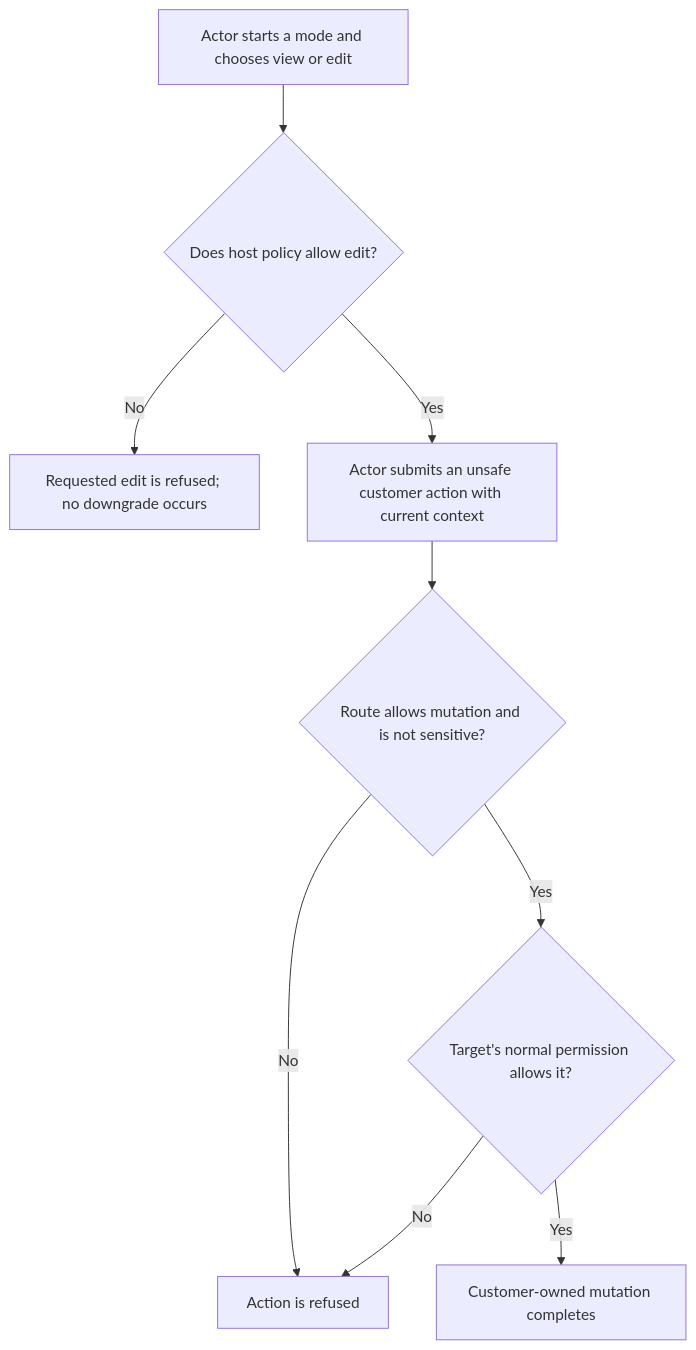
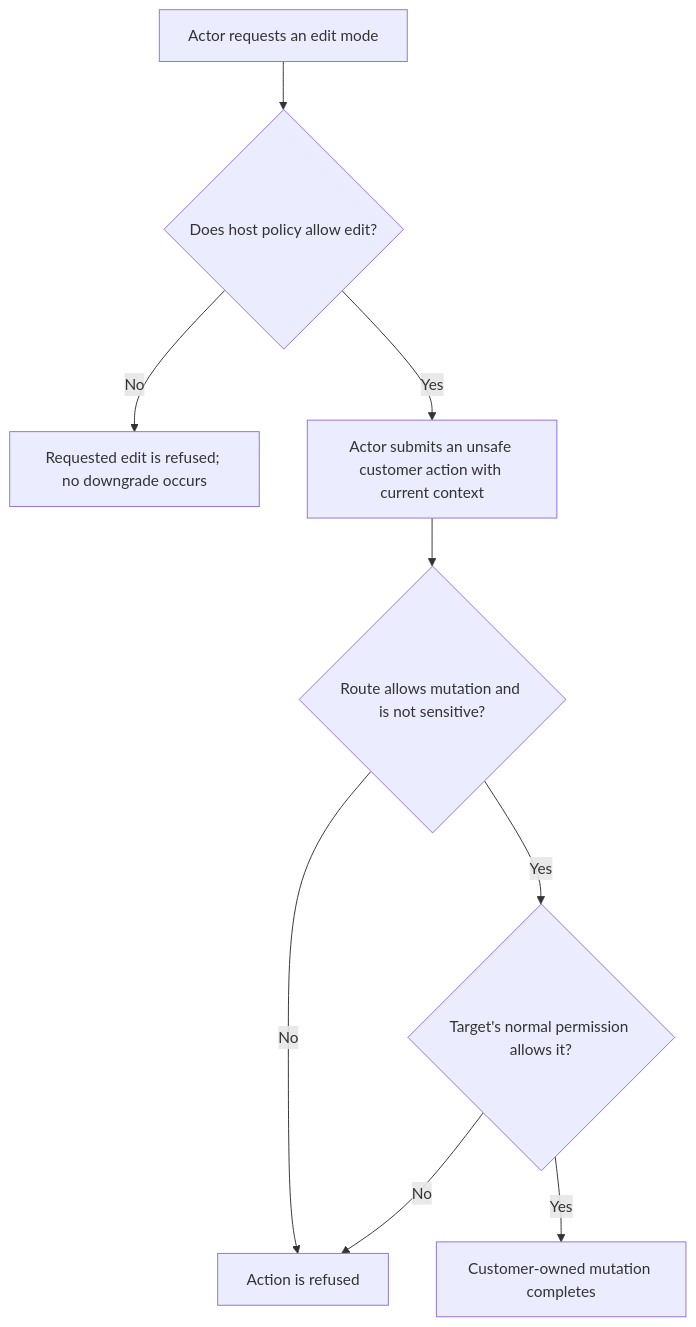
One commit to Kevinjohn/oss-adonisjs-masquerade changed the first of 2 diagrams in user-stories/edit-effective-account/us-actor-03-edit-effective-account.md. Above: the diagram before and after it, drawn with Mermaid. The commit also changed 8 other files, not shown here.

Commit message:
docs: correct catalogue behavior and recovery flows

````diff
--- a/user-stories/edit-effective-account/us-actor-03-edit-effective-account.md
+++ b/user-stories/edit-effective-account/us-actor-03-edit-effective-account.md
@@ -21,11 +21,11 @@
 ```mermaid
 flowchart TD
-    A["Actor starts a mode and chooses view or edit"] --> B{"Does host policy allow edit?"}
+    A["Actor requests an edit mode"] --> B{"Does host policy allow edit?"}
     B -->|No| C["Requested edit is refused; no downgrade occurs"]
     B -->|Yes| D["Actor submits an unsafe customer action with current context"]
     D --> E{"Route allows mutation and is not sensitive?"}
     E -->|No| F["Action is refused"]
     E -->|Yes| G{"Target's normal permission allows it?"}
     G -->|No| F
     G -->|Yes| H["Customer-owned mutation completes"]
 ```
````
